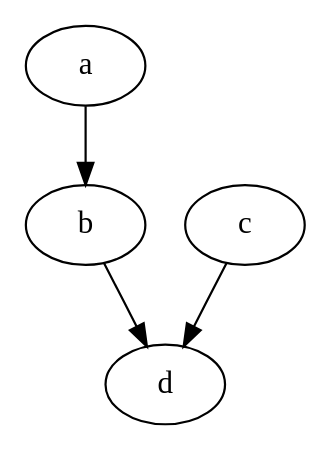
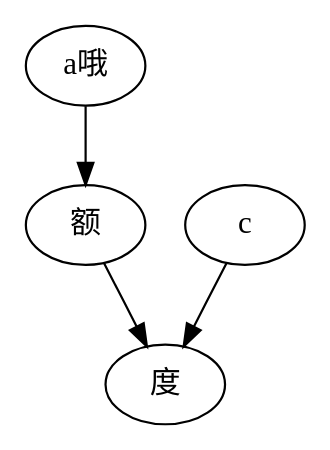
One commit to cruiurc/cruiurc.github.io changed the diagram in source/work/log.rst. Above: the diagram before and after it, drawn with Graphviz. The commit also changed 6 other files, not shown here.

```diff
--- a/source/work/log.rst
+++ b/source/work/log.rst
@@ -6,12 +6,12 @@
 .. graphviz::
 
     digraph abc{
-        a;
-        b;
+        a哦;
+        额;
         c;
-        d;
+        度;
 
-        a -> b;
-        b -> d;
-        c -> d;
+        a哦 -> 额;
+        额 -> 度;
+        c -> 度;
     }
```
